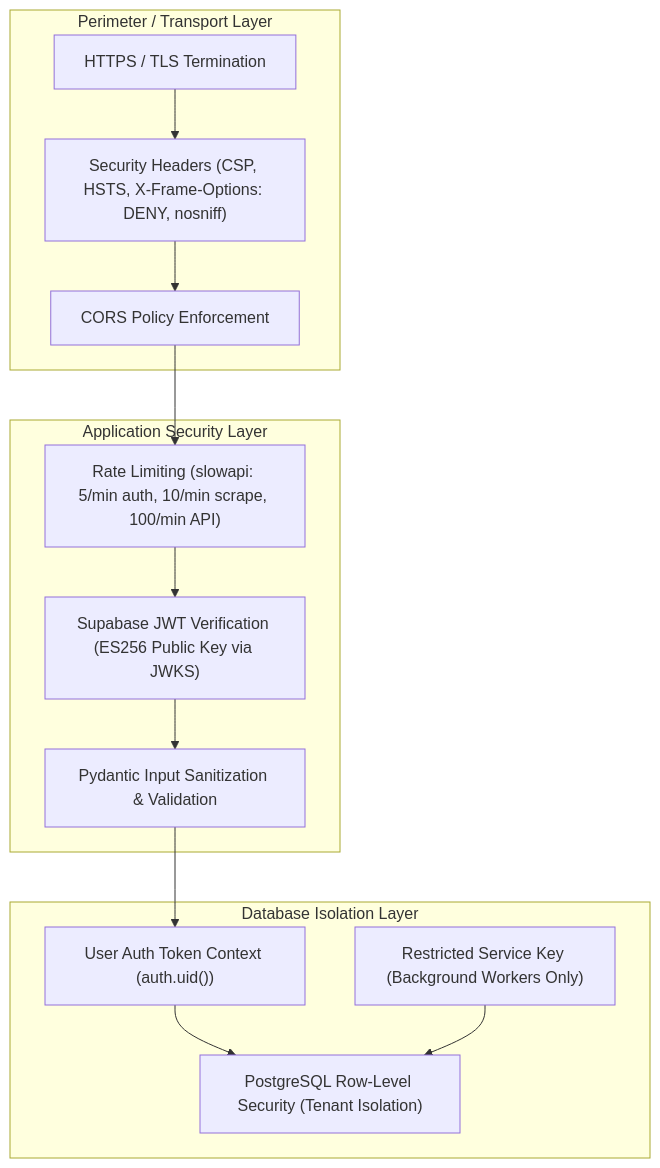
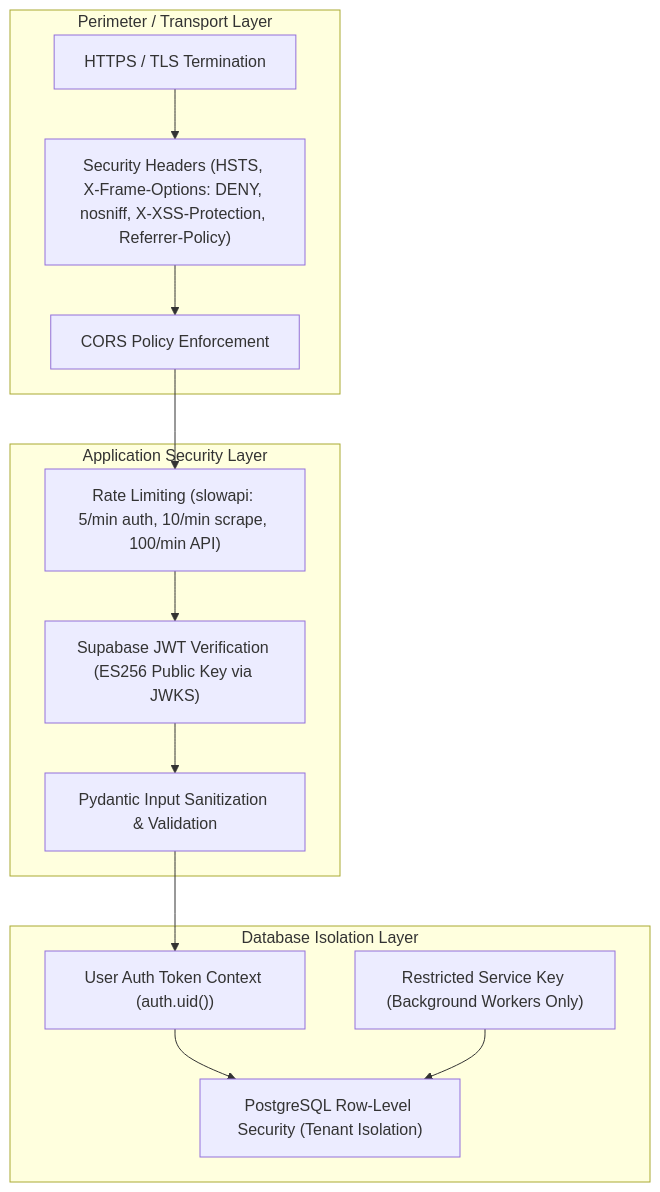
One commit to dreww01/pricehawk changed the fifth of 5 diagrams in docs/ARCHITECTURE.md. Above: the diagram before and after it, drawn with Mermaid.

Commit message:
docs(architecture): update security headers description to match implementation (resolves #REV-25)

````diff
--- a/docs/ARCHITECTURE.md
+++ b/docs/ARCHITECTURE.md
@@ -285,24 +285,24 @@
 ```mermaid
 flowchart TD
     subgraph Edge["Perimeter / Transport Layer"]
         TLS["HTTPS / TLS Termination"]
-        SecHeaders["Security Headers (CSP, HSTS, X-Frame-Options: DENY, nosniff)"]
+        SecHeaders["Security Headers (HSTS, X-Frame-Options: DENY, nosniff, X-XSS-Protection, Referrer-Policy)"]
         CORS["CORS Policy Enforcement"]
     end
 
     subgraph AppSec["Application Security Layer"]
         RateLimit["Rate Limiting (slowapi: 5/min auth, 10/min scrape, 100/min API)"]
         JWKS["Supabase JWT Verification (ES256 Public Key via JWKS)"]
         InputVal["Pydantic Input Sanitization & Validation"]
     end
 
     subgraph DataSec["Database Isolation Layer"]
         UserToken["User Auth Token Context (auth.uid())"]
         RLS["PostgreSQL Row-Level Security (Tenant Isolation)"]
         ServiceKey["Restricted Service Key (Background Workers Only)"]
     end
 
     TLS --> SecHeaders --> CORS --> RateLimit --> JWKS --> InputVal
     InputVal --> UserToken --> RLS
     ServiceKey --> RLS
 ```
````
